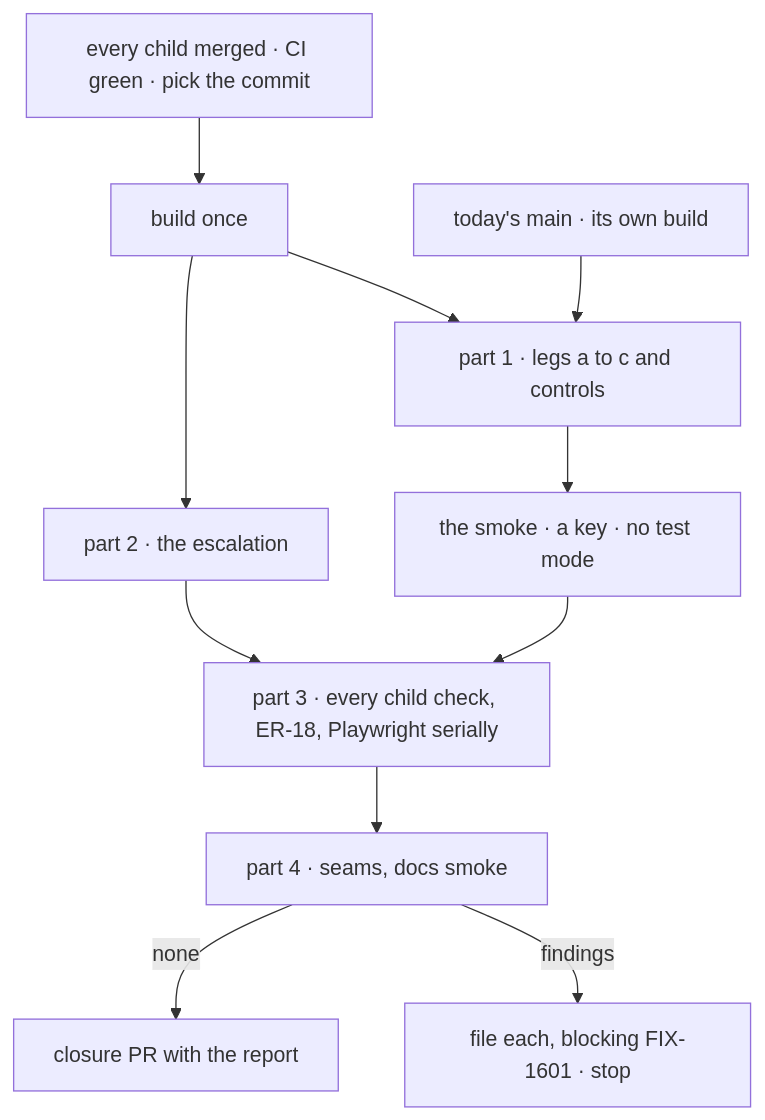
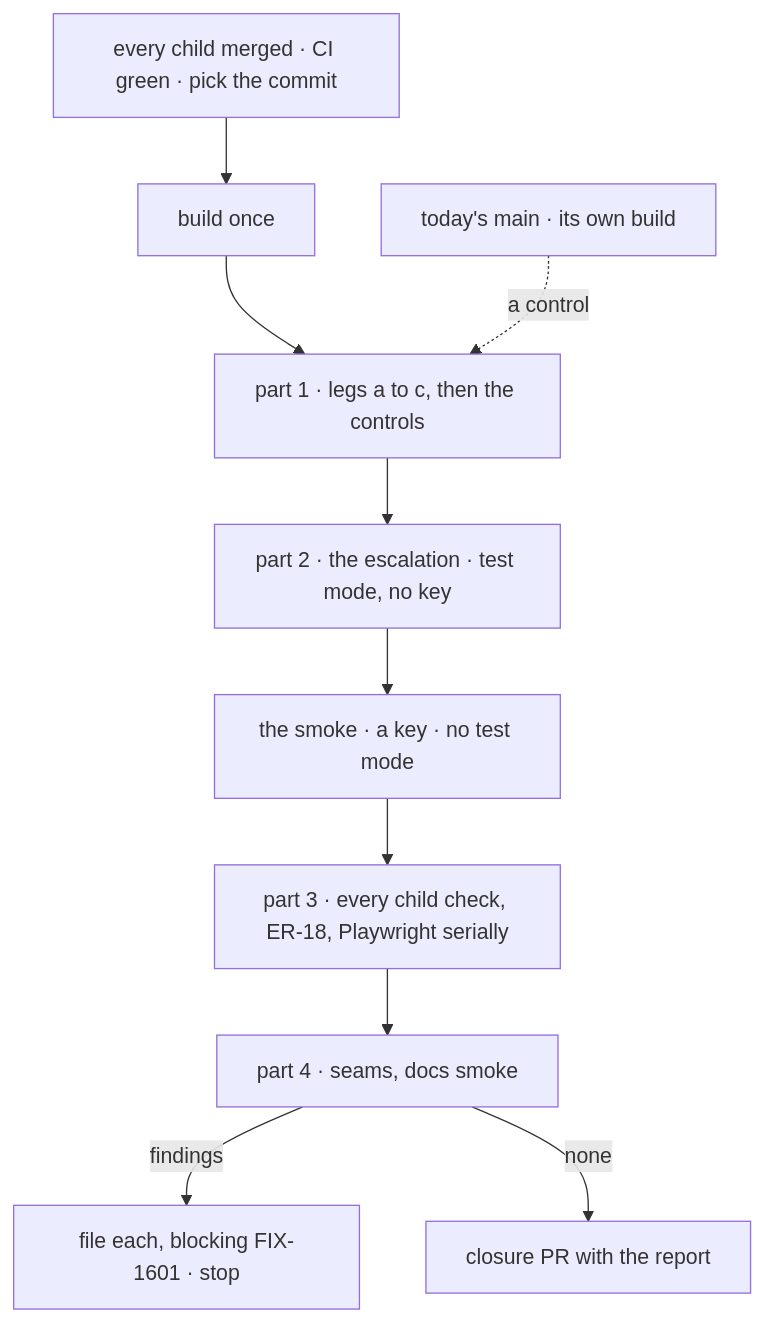
The diagram in specs/issues/FIX-1601/PLAN.md (fixpoint-labs/flow-state-dev), drawn with Mermaid before and after one commit. The commit also changed other lines of this file and 4 other files, not shown here.

````diff
--- a/specs/issues/FIX-1601/PLAN.md
+++ b/specs/issues/FIX-1601/PLAN.md
@@ -20,13 +21,12 @@
 ```mermaid
 flowchart TD
   M["every child merged · CI green · pick the commit"] --> B["build once"]
-  B --> P1["part 1 · legs a to c and controls"]
-  T["today's main · its own build"] --> P1
-  P1 --> S["the smoke · a key · no test mode"]
-  B --> P2["part 2 · the escalation"]
+  B --> P1["part 1 · legs a to c, then the controls"]
+  T["today's main · its own build"] -.->|"a control"| P1
+  P1 --> P2["part 2 · the escalation · test mode, no key"]
+  P2 --> S["the smoke · a key · no test mode"]
   S --> P3["part 3 · every child check, ER-18, Playwright serially"]
-  P2 --> P3
   P3 --> P4["part 4 · seams, docs smoke"]
   P4 -->|"findings"| F["file each, blocking FIX-1601 · stop"]
   P4 -->|"none"| PR["closure PR with the report"]
 ```
````
